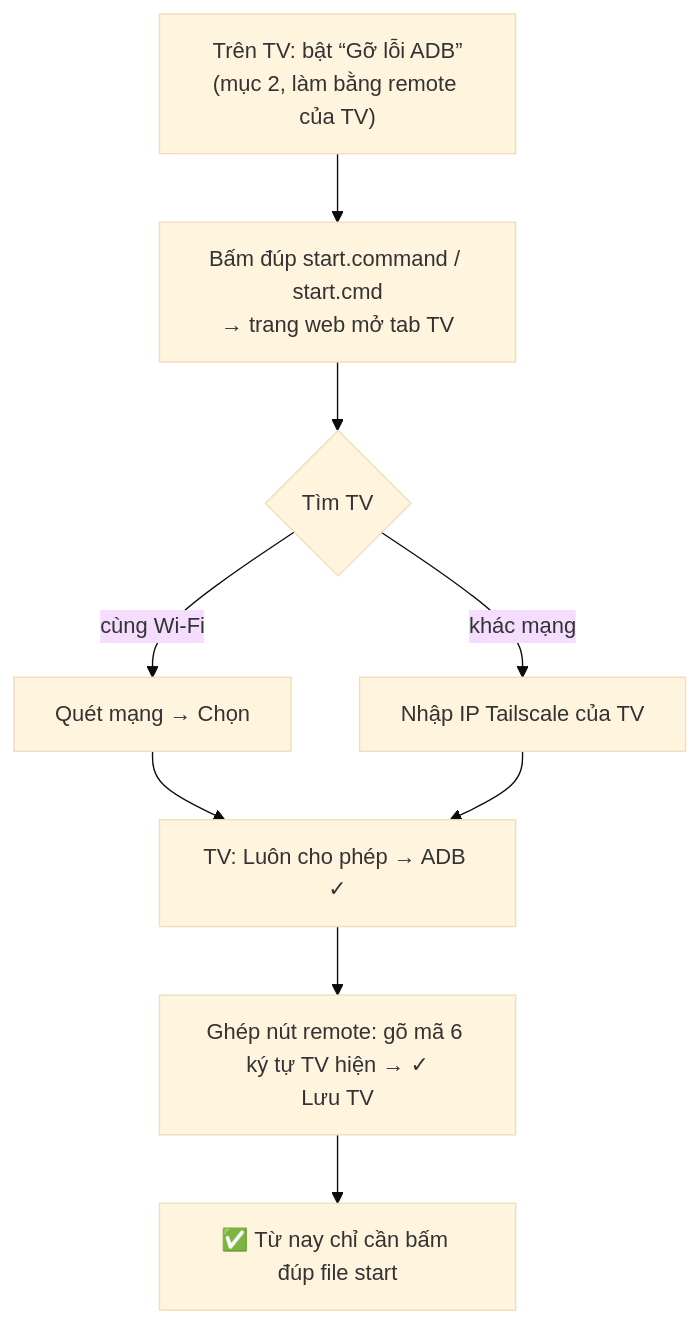
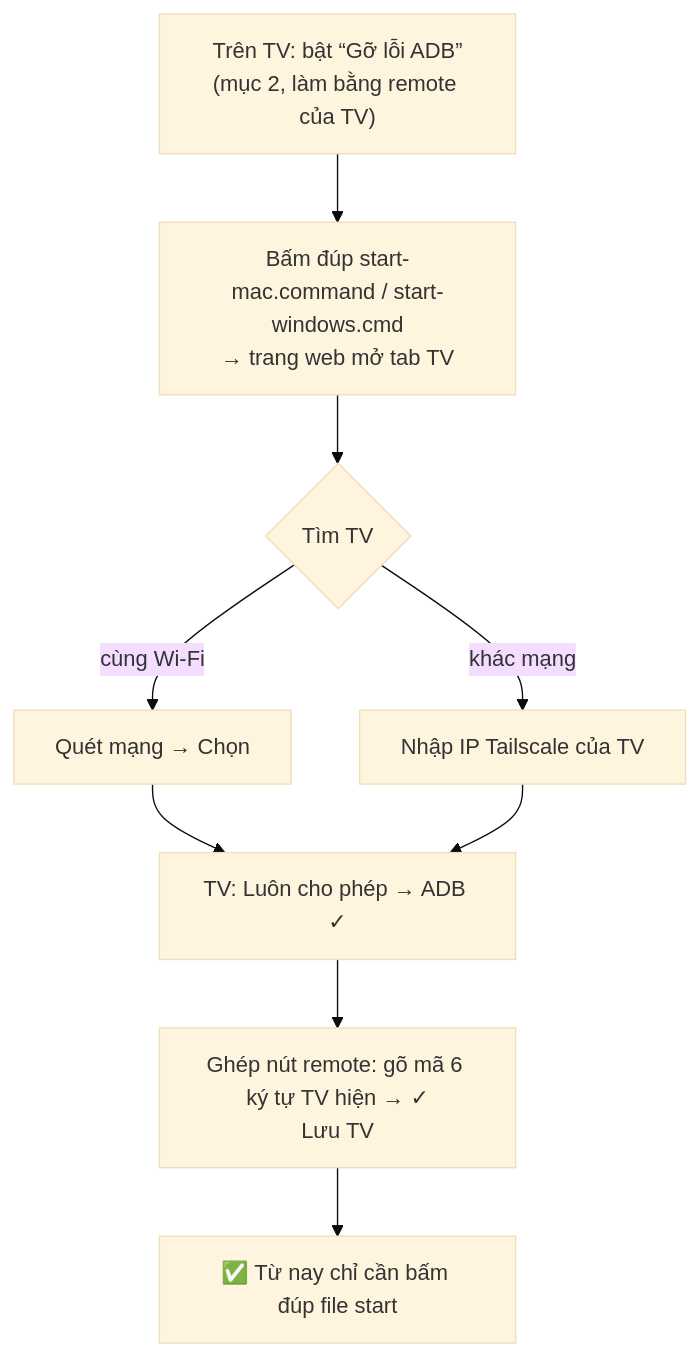
The third of 4 diagrams in README.md (9000000/tv-remote), drawn with Mermaid (base theme) before and after one commit. The commit also changed other lines of this file and 203 other files, not shown here.

````diff
--- a/README.md
+++ b/README.md
@@ -50,11 +58,11 @@
 ```mermaid
 flowchart TD
-    A0["Trên TV: bật “Gỡ lỗi ADB”<br/>(mục 2, làm bằng remote của TV)"] --> A1["Bấm đúp start.command / start.cmd<br/>→ trang web mở tab TV"]
+    A0["Trên TV: bật “Gỡ lỗi ADB”<br/>(mục 2, làm bằng remote của TV)"] --> A1["Bấm đúp start-mac.command / start-windows.cmd<br/>→ trang web mở tab TV"]
     A1 --> A2{"Tìm TV"}
     A2 -- "cùng Wi-Fi" --> A3["Quét mạng → Chọn"]
     A2 -- "khác mạng" --> A4["Nhập IP Tailscale của TV"]
     A3 --> A5["TV: Luôn cho phép → ADB ✓"]
     A4 --> A5
     A5 --> A6["Ghép nút remote: gõ mã 6 ký tự TV hiện → ✓<br/>Lưu TV"]
     A6 --> A7["✅ Từ nay chỉ cần bấm đúp file start"]
 ```
````
